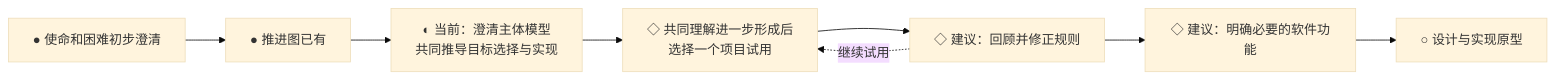
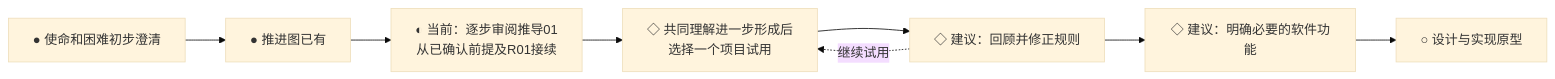
The second of 2 diagrams in 项目/人生飞轮/项目推进图.md (fangjiaqi2023-jpg/life-flywheel), drawn with Mermaid (base theme) before and after one commit. The commit also changed other lines of this file, not shown here.

````diff
--- a/项目/人生飞轮/项目推进图.md
+++ b/项目/人生飞轮/项目推进图.md
@@ -38,10 +38,10 @@
 ```mermaid
 flowchart LR
     P0[● 使命和困难初步澄清] --> P1[● 推进图已有]
-    P1 --> P2[◐ 当前：澄清主体模型<br/>共同推导目标选择与实现]
+    P1 --> P2[◐ 当前：逐步审阅推导01<br/>从已确认前提及R01接续]
     P2 --> P3[◇ 共同理解进一步形成后<br/>选择一个项目试用]
     P3 --> P4[◇ 建议：回顾并修正规则]
     P4 --> P5[◇ 建议：明确必要的软件功能]
     P5 --> P6[○ 设计与实现原型]
     P4 -.继续试用.-> P3
 ```
````
